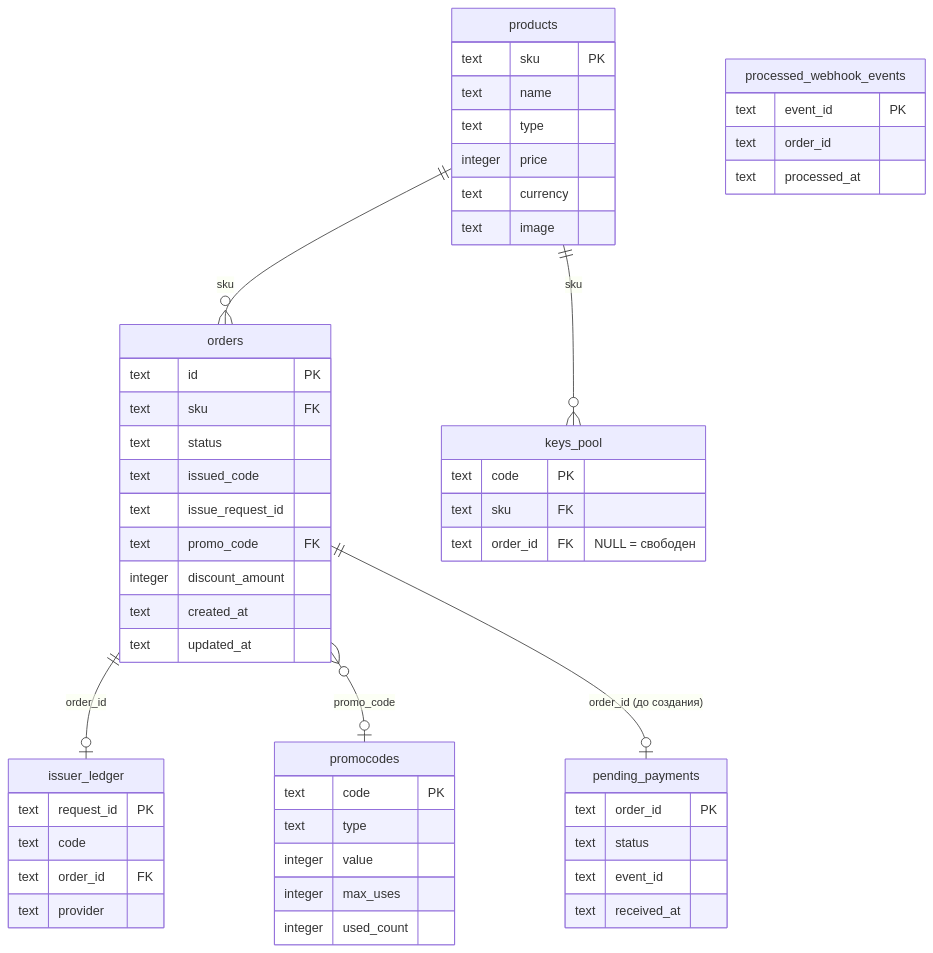
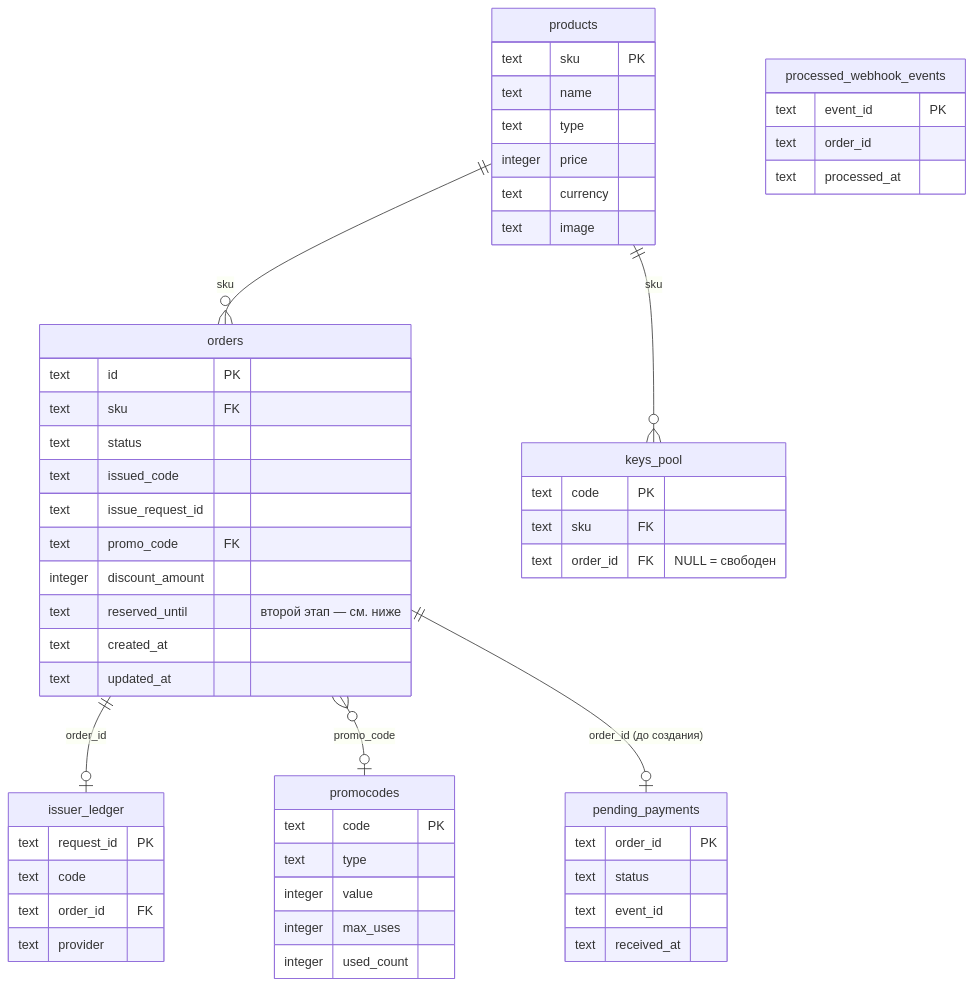
One commit to romanpalmin/kazan-test-task changed the diagram in ARCHITECTURE.md. Above: the diagram before and after it, drawn with Mermaid. The commit also changed other lines of this file and 1 other file, not shown here.

First line of the commit message:
docs: cover all 5 stage-2 features in README/ARCHITECTURE

````diff
--- a/ARCHITECTURE.md
+++ b/ARCHITECTURE.md
@@ -46,57 +46,58 @@
 ```mermaid
 erDiagram
     products ||--o{ orders : "sku"
     products ||--o{ keys_pool : "sku"
     orders ||--o| issuer_ledger : "order_id"
     orders }o--o| promocodes : "promo_code"
     orders ||--o| pending_payments : "order_id (до создания)"
 
     products {
         text sku PK
         text name
         text type
         integer price
         text currency
         text image
     }
     orders {
         text id PK
         text sku FK
         text status
         text issued_code
         text issue_request_id
         text promo_code FK
         integer discount_amount
+        text reserved_until "второй этап — см. ниже"
         text created_at
         text updated_at
     }
     keys_pool {
         text code PK
         text sku FK
         text order_id FK "NULL = свободен"
     }
     promocodes {
         text code PK
         text type
         integer value
         integer max_uses
         integer used_count
     }
     processed_webhook_events {
         text event_id PK
         text order_id
         text processed_at
     }
     pending_payments {
         text order_id PK
         text status
         text event_id
         text received_at
     }
     issuer_ledger {
         text request_id PK
         text code
         text order_id FK
         text provider
     }
 ```
````
